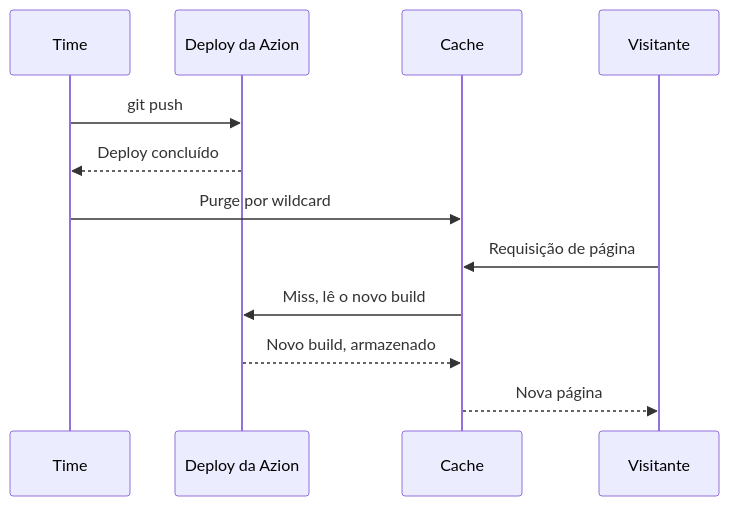
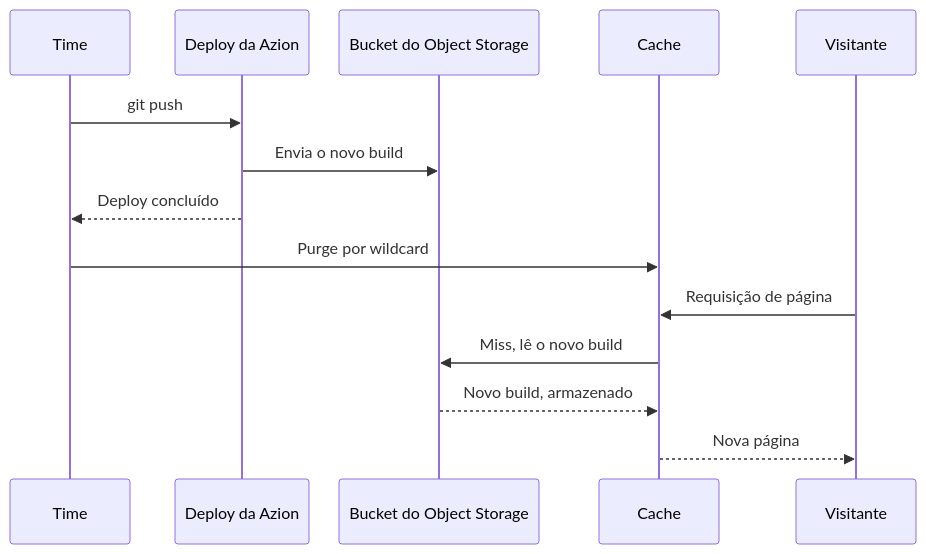
One commit to aziontech/docs changed the second of 2 diagrams in apps/docs/src/content/docs/pt-br/pages/casos-de-uso/construir-e-executar-aplicacoes/criar-e-operar-sites-de-marketing.mdx. Above: the diagram before and after it, drawn with Mermaid. The commit also changed 21 other files, not shown here.

````diff
--- a/apps/docs/src/content/docs/pt-br/pages/casos-de-uso/construir-e-executar-aplicacoes/criar-e-operar-sites-de-marketing.mdx
+++ b/apps/docs/src/content/docs/pt-br/pages/casos-de-uso/construir-e-executar-aplicacoes/criar-e-operar-sites-de-marketing.mdx
@@ -105,15 +105,17 @@
 ```mermaid
 %%{init: {"layout": "elk", "themeVariables": {"fontSize": "13px"}, "flowchart": {"nodeSpacing": 24, "rankSpacing": 36, "padding": 8, "wrappingWidth": 150, "useMaxWidth": true}, "sequence": {"width": 120, "actorMargin": 30, "useMaxWidth": true}}}%%
 sequenceDiagram
   participant Team as Time
   participant Azion as Deploy da Azion
+  participant Bucket as Bucket do Object Storage
   participant Cache as Cache
   participant Visitor as Visitante
   Team->>Azion: git push
+  Azion->>Bucket: Envia o novo build
   Azion-->>Team: Deploy concluído
   Team->>Cache: Purge por wildcard
   Visitor->>Cache: Requisição de página
-  Cache->>Azion: Miss, lê o novo build
-  Azion-->>Cache: Novo build, armazenado
+  Cache->>Bucket: Miss, lê o novo build
+  Bucket-->>Cache: Novo build, armazenado
   Cache-->>Visitor: Nova página
 ```
````
